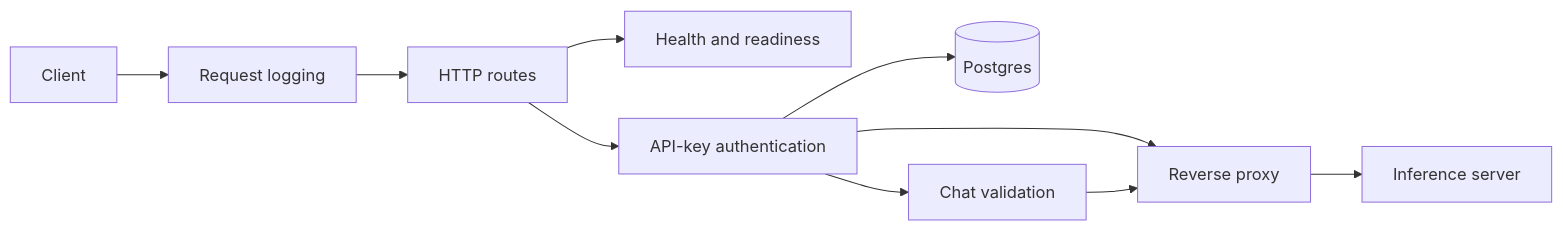
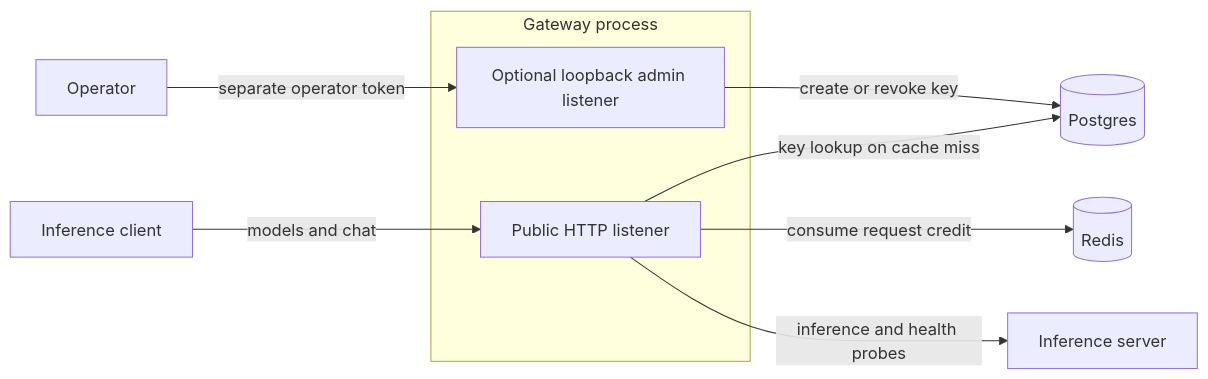
One commit to TheRealShek/llmgate changed the diagram in README.md. Above: the diagram before and after it, drawn with Mermaid. The commit also changed other lines of this file and 5 other files, not shown here.

Commit message:
Document gateway architecture and clarify documentation ownership

````diff
--- a/README.md
+++ b/README.md
@@ -83,12 +42,13 @@
 ```mermaid
 flowchart LR
-    Client --> Logs[Request logging]
-    Logs --> Routes[HTTP routes]
-    Routes --> Probes[Health and readiness]
-    Routes --> Auth[API-key authentication]
-    Auth --> Postgres[(Postgres)]
-    Auth --> Chat[Chat validation]
-    Auth --> Proxy[Reverse proxy]
-    Chat --> Proxy
-    Proxy --> Backend[Inference server]
+    Client[Inference client] -->|models and chat| Public
+    Operator[Operator] -->|separate operator token| Admin
+    subgraph Gateway[Gateway process]
+        Public[Public HTTP listener]
+        Admin[Optional loopback admin listener]
+    end
+    Public -->|key lookup on cache miss| PG[(Postgres)]
+    Admin -->|create or revoke key| PG
+    Public -->|consume request credit| Redis[(Redis)]
+    Public -->|inference and health probes| Backend[Inference server]
 ```
````
